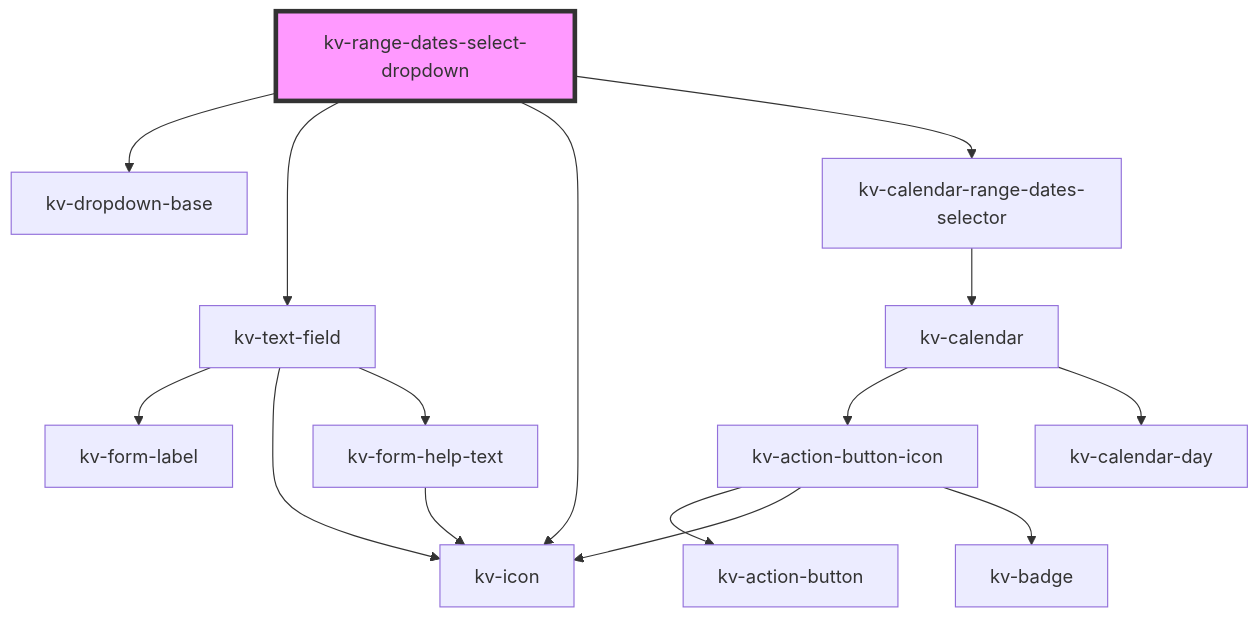
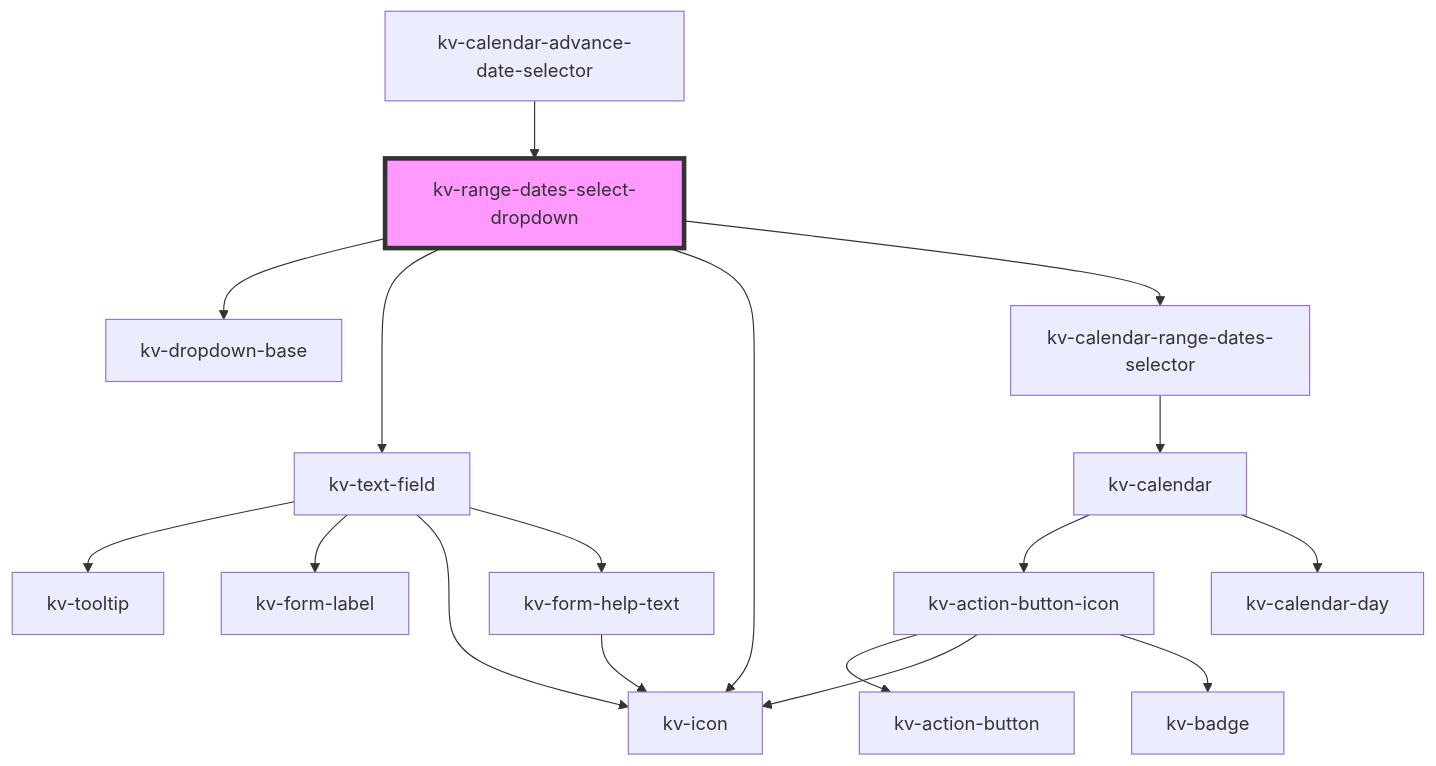
The diagram in packages/ui-components/src/components/range-dates-select-dropdown/readme.md (kelvininc/ui-components), drawn with Mermaid before and after one commit. The commit also changed other lines of this file and 84 other files, not shown here.

First line of the commit message:
feat(advance-date-input): add `advance-date-input` component

````diff
--- a/packages/ui-components/src/components/range-dates-select-dropdown/readme.md
+++ b/packages/ui-components/src/components/range-dates-select-dropdown/readme.md
@@ -80,18 +93,20 @@
 ```mermaid
 graph TD;
   kv-range-dates-select-dropdown --> kv-dropdown-base
   kv-range-dates-select-dropdown --> kv-text-field
   kv-range-dates-select-dropdown --> kv-icon
   kv-range-dates-select-dropdown --> kv-calendar-range-dates-selector
+  kv-text-field --> kv-tooltip
   kv-text-field --> kv-form-label
   kv-text-field --> kv-icon
   kv-text-field --> kv-form-help-text
   kv-form-help-text --> kv-icon
   kv-calendar-range-dates-selector --> kv-calendar
   kv-calendar --> kv-action-button-icon
   kv-calendar --> kv-calendar-day
   kv-action-button-icon --> kv-action-button
   kv-action-button-icon --> kv-icon
   kv-action-button-icon --> kv-badge
+  kv-calendar-advance-date-selector --> kv-range-dates-select-dropdown
   style kv-range-dates-select-dropdown fill:#f9f,stroke:#333,stroke-width:4px
 ```
````
